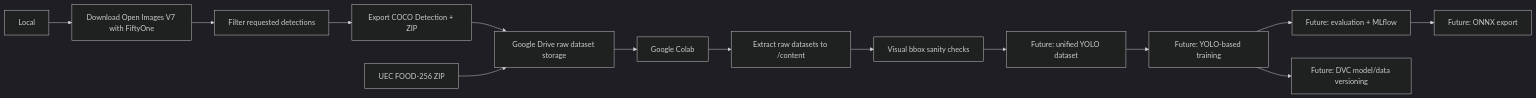
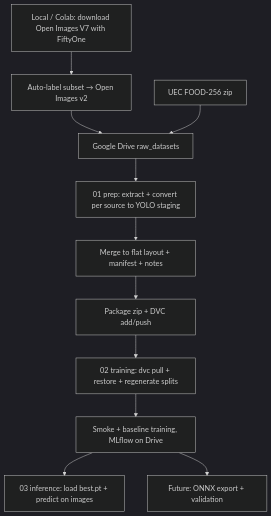
One commit to LucasGVallejos/iaa-visual-table-assistant changed the diagram in docs/architecture.md. Above: the diagram before and after it, drawn with Mermaid (dark theme). The commit also changed other lines of this file and 8 other files, not shown here.

````diff
--- a/docs/architecture.md
+++ b/docs/architecture.md
@@ -14,16 +14,13 @@
 ```mermaid
-flowchart LR
-    A[Local] --> B[Download Open Images V7 with FiftyOne]
-    B --> C[Filter requested detections]
-    C --> D[Export COCO Detection + ZIP]
-    D --> E[Google Drive raw dataset storage]
-    F[UEC FOOD-256 ZIP] --> E
-    E --> G[Google Colab]
-    G --> H[Extract raw datasets to /content]
-    H --> I[Visual bbox sanity checks]
-    I --> J[Future: unified YOLO dataset]
-    J --> K[Future: YOLO-based training]
-    K --> L[Future: evaluation + MLflow]
-    K --> M[Future: DVC model/data versioning]
-    L --> N[Future: ONNX export]
+flowchart TB
+    A[Local / Colab: download Open Images V7 with FiftyOne] --> B[Auto-label subset → Open Images v2]
+    B --> C[Google Drive raw_datasets]
+    U[UEC FOOD-256 zip] --> C
+    C --> D[01 prep: extract + convert per source to YOLO staging]
+    D --> E[Merge to flat layout + manifest + notes]
+    E --> F[Package zip + DVC add/push]
+    F --> G[02 training: dvc pull + restore + regenerate splits]
+    G --> H[Smoke + baseline training, MLflow on Drive]
+    H --> I[03 inference: load best.pt + predict on images]
+    H --> J[Future: ONNX export + validation]
 ```
````
